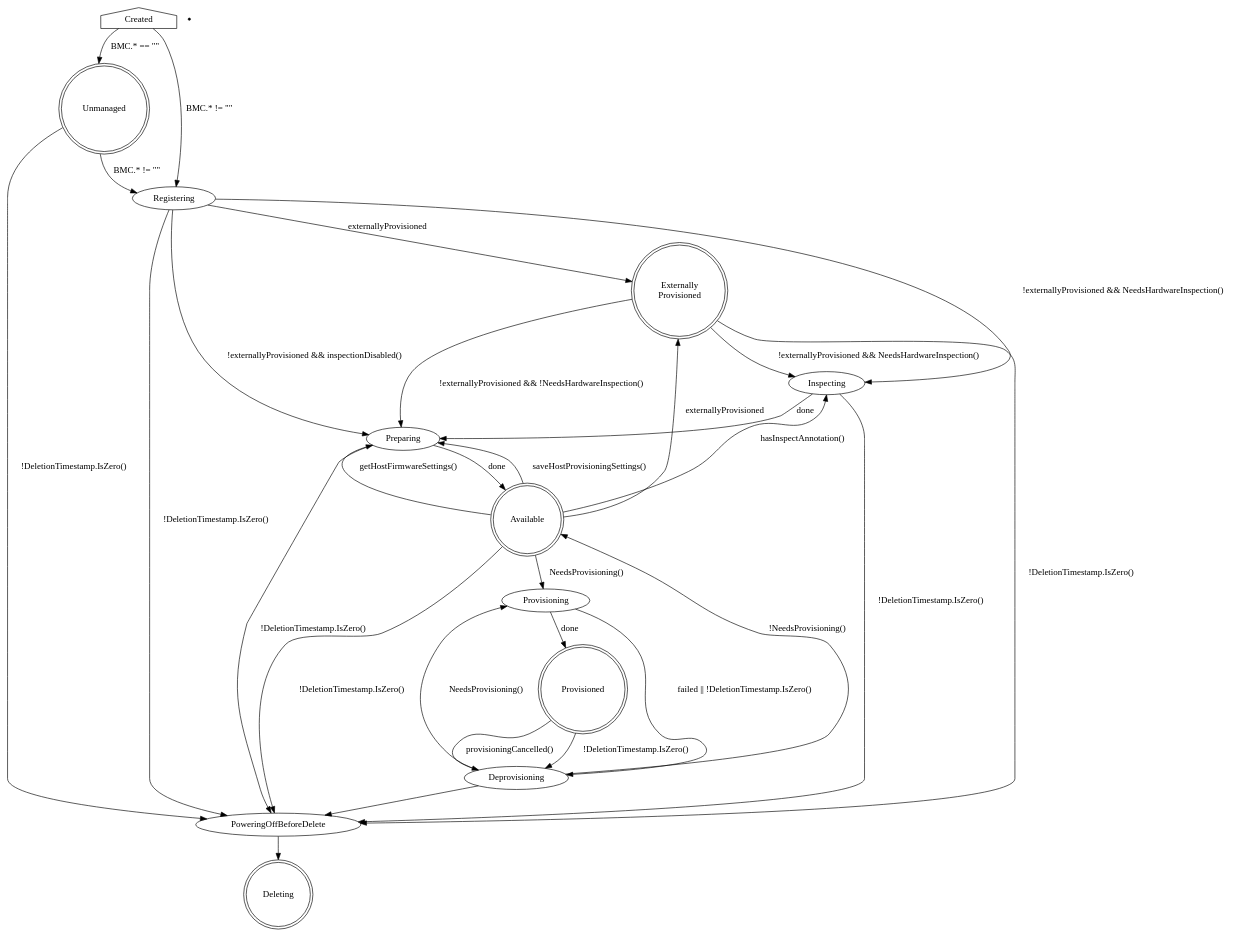
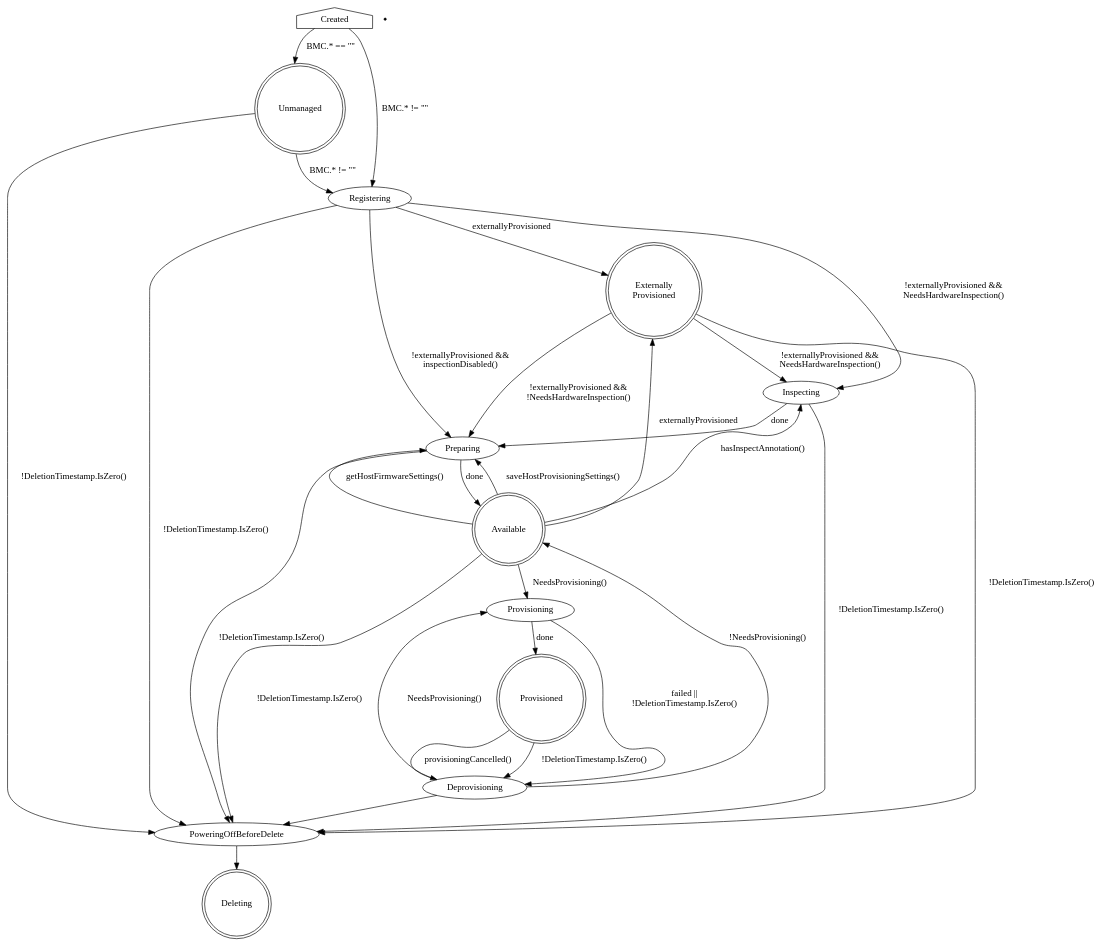
Before and after one commit to metal3-io/baremetal-operator: the diagram in docs/BaremetalHost_ProvisioningState.dot, drawn with Graphviz. The commit also changed 1 other file, not shown here.

Commit message:
docs: Add line breaks to long diagram labels

```diff
--- a/docs/BaremetalHost_ProvisioningState.dot
+++ b/docs/BaremetalHost_ProvisioningState.dot
@@ -1,53 +1,53 @@
 digraph BaremetalHost {
     Created [shape=house]
     Created -> Unmanaged [label="BMC.* == \"\""]
     Created -> Registering [label="BMC.* != \"\""]
 
     Unmanaged [shape=doublecircle]
     Unmanaged -> Registering [label="BMC.* != \"\""]
     Unmanaged -> PoweringOffBeforeDelete [label="!DeletionTimestamp.IsZero()"]
 
     ExternallyProvisioned [label="Externally\nProvisioned"]
 
-    Registering -> Inspecting [label="!externallyProvisioned && NeedsHardwareInspection()"]
-    Registering -> Preparing [label="!externallyProvisioned && inspectionDisabled()"]
+    Registering -> Inspecting [label="!externallyProvisioned &&\nNeedsHardwareInspection()"]
+    Registering -> Preparing [label="!externallyProvisioned &&\ninspectionDisabled()"]
     Registering -> ExternallyProvisioned [label="externallyProvisioned"]
     Registering -> PoweringOffBeforeDelete [label="!DeletionTimestamp.IsZero()"]
 
-    ExternallyProvisioned -> Inspecting [label="!externallyProvisioned && NeedsHardwareInspection()"]
-    ExternallyProvisioned -> Preparing [label="!externallyProvisioned && !NeedsHardwareInspection()"]
+    ExternallyProvisioned -> Inspecting [label="!externallyProvisioned &&\nNeedsHardwareInspection()"]
+    ExternallyProvisioned -> Preparing [label="!externallyProvisioned &&\n!NeedsHardwareInspection()"]
     Available -> ExternallyProvisioned [label="externallyProvisioned"]
 
     Inspecting -> Preparing [label="done"]
     Inspecting -> PoweringOffBeforeDelete [label="!DeletionTimestamp.IsZero()"]
 
     Preparing -> Available [label="done"]
     Preparing -> PoweringOffBeforeDelete [label="!DeletionTimestamp.IsZero()"]
 
     Available [shape=doublecircle]
     Available -> Provisioning [label="NeedsProvisioning()"]
     Available -> Preparing [label="saveHostProvisioningSettings()"]
     Available -> Preparing [label="getHostFirmwareSettings()"]
     Available -> PoweringOffBeforeDelete [label="!DeletionTimestamp.IsZero()"]
     Available -> Inspecting [label="hasInspectAnnotation()"]
 
     Deleting7 [shape=point]
 
     Provisioning -> Provisioned [label=done]
-    Provisioning -> Deprovisioning [label="failed || !DeletionTimestamp.IsZero()"]
+    Provisioning -> Deprovisioning [label="failed ||\n!DeletionTimestamp.IsZero()"]
 
     Provisioned [shape=doublecircle]
     Provisioned -> Deprovisioning [label="provisioningCancelled()"]
     Provisioned -> Deprovisioning [label="!DeletionTimestamp.IsZero()"]
 
     ExternallyProvisioned [shape=doublecircle]
     ExternallyProvisioned -> PoweringOffBeforeDelete [label="!DeletionTimestamp.IsZero()"]
 
     Deprovisioning -> Provisioning [label="NeedsProvisioning()"]
     Deprovisioning -> Available [label="!NeedsProvisioning()"]
 
     Deprovisioning -> PoweringOffBeforeDelete
     PoweringOffBeforeDelete -> Deleting
 
     Deleting [shape=doublecircle]
 }
```
